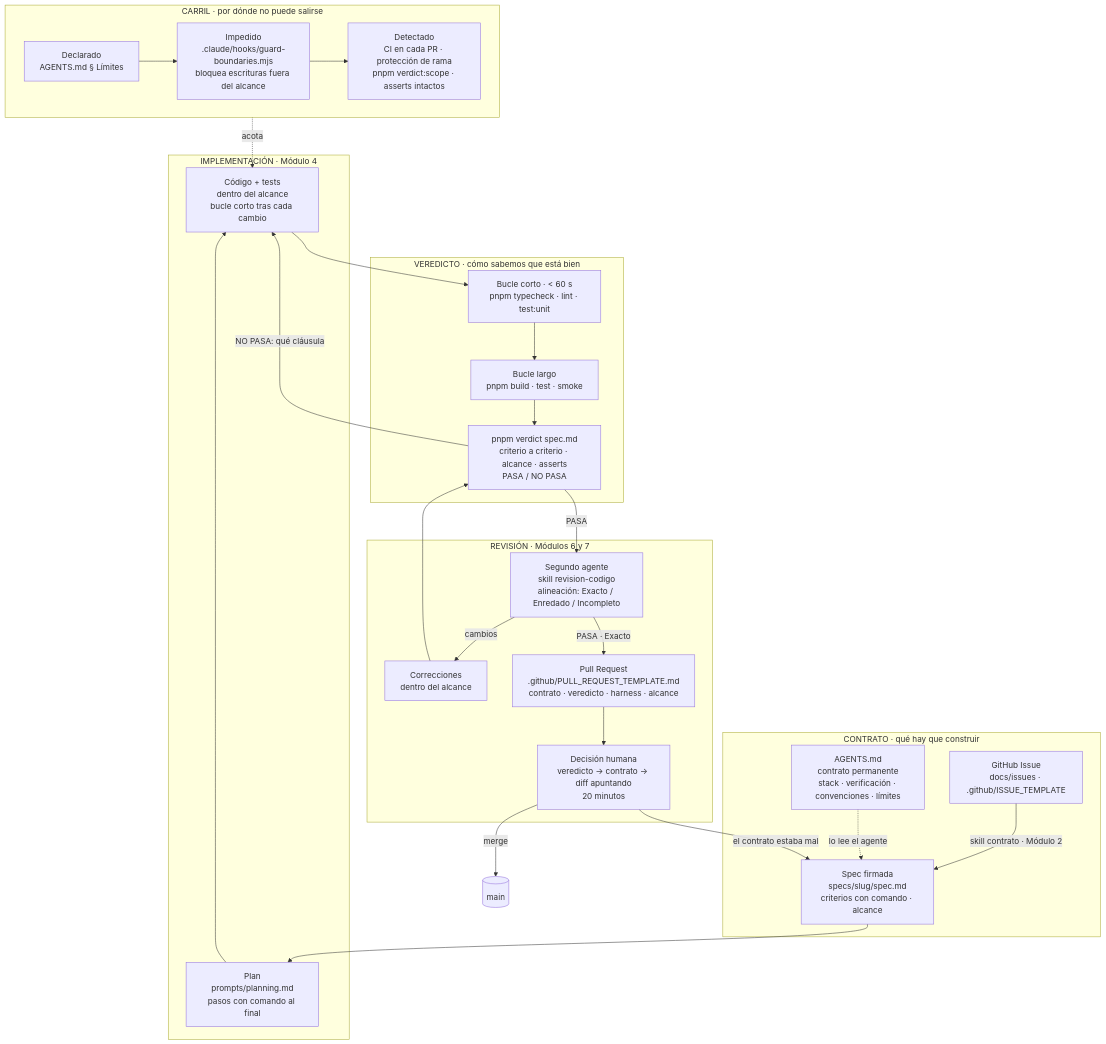
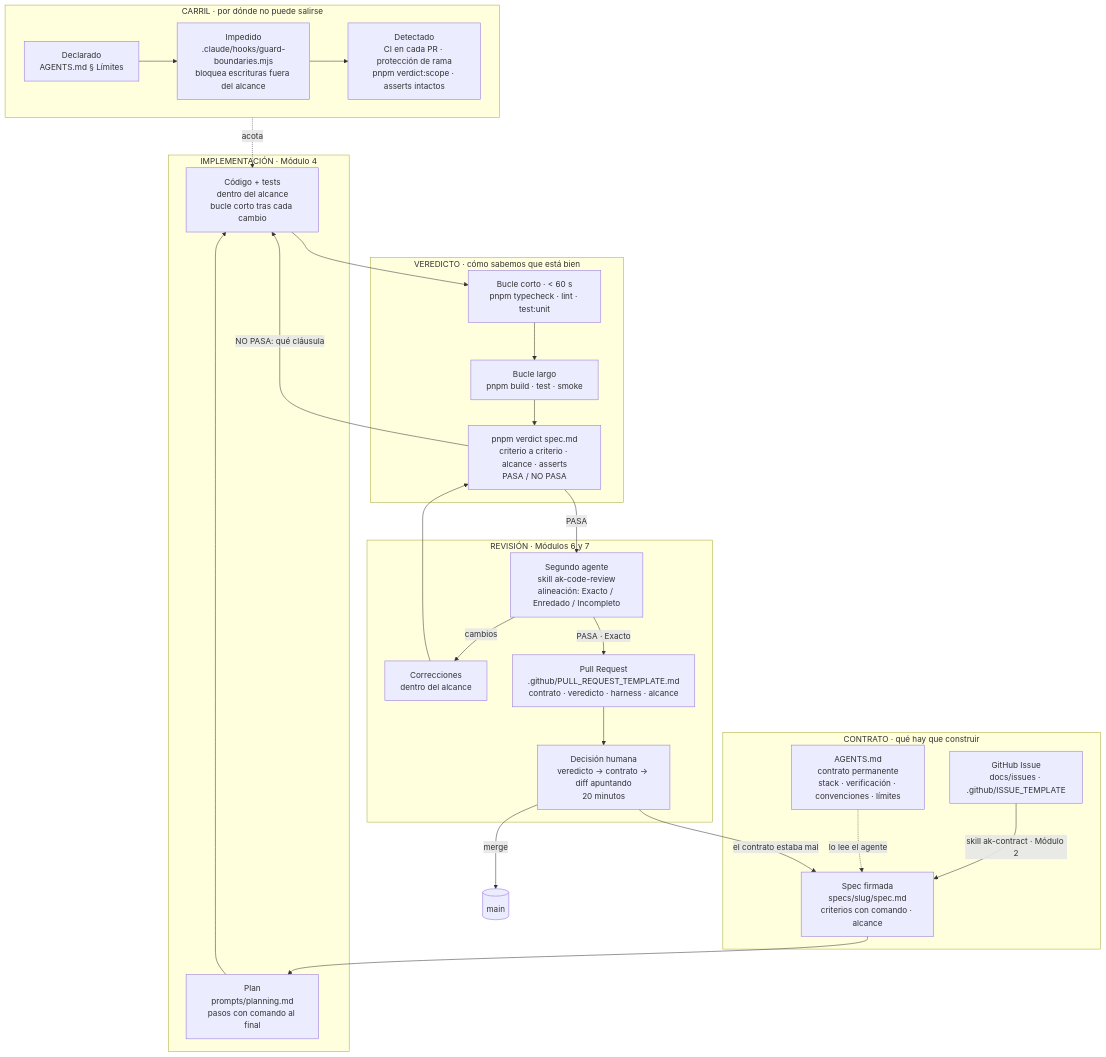
The diagram in docs/architecture-diagram.md (bezael/contract-based-review-method), drawn with Mermaid before and after one commit. The commit also changed other lines of this file and 3 other files, not shown here.

````diff
--- a/docs/architecture-diagram.md
+++ b/docs/architecture-diagram.md
@@ -6,47 +6,47 @@
 ```mermaid
 flowchart TB
     subgraph CONTRATO["CONTRATO · qué hay que construir"]
         I[GitHub Issue<br/>docs/issues · .github/ISSUE_TEMPLATE]
         S[Spec firmada<br/>specs/slug/spec.md<br/>criterios con comando · alcance]
         A[AGENTS.md<br/>contrato permanente<br/>stack · verificación · convenciones · límites]
-        I -->|skill contrato · Módulo 2| S
+        I -->|skill ak-contract · Módulo 2| S
         A -.->|lo lee el agente| S
     end
 
     subgraph CARRIL["CARRIL · por dónde no puede salirse"]
         H1[Declarado<br/>AGENTS.md § Límites]
         H2[Impedido<br/>.claude/hooks/guard-boundaries.mjs<br/>bloquea escrituras fuera del alcance]
         H3[Detectado<br/>CI en cada PR · protección de rama<br/>pnpm verdict:scope · asserts intactos]
         H1 --> H2 --> H3
     end
 
     subgraph EJECUCION["IMPLEMENTACIÓN · Módulo 4"]
         P[Plan<br/>prompts/planning.md<br/>pasos con comando al final]
         C[Código + tests<br/>dentro del alcance<br/>bucle corto tras cada cambio]
         P --> C
     end
 
     subgraph VEREDICTO["VEREDICTO · cómo sabemos que está bien"]
         BC[Bucle corto · < 60 s<br/>pnpm typecheck · lint · test:unit]
         BL[Bucle largo<br/>pnpm build · test · smoke]
         V[pnpm verdict spec.md<br/>criterio a criterio · alcance · asserts<br/>PASA / NO PASA]
         BC --> BL --> V
     end
 
     subgraph REVISION["REVISIÓN · Módulos 6 y 7"]
-        R[Segundo agente<br/>skill revision-codigo<br/>alineación: Exacto / Enredado / Incompleto]
+        R[Segundo agente<br/>skill ak-code-review<br/>alineación: Exacto / Enredado / Incompleto]
         F[Correcciones<br/>dentro del alcance]
         PR[Pull Request<br/>.github/PULL_REQUEST_TEMPLATE.md<br/>contrato · veredicto · harness · alcance]
         D[Decisión humana<br/>veredicto → contrato → diff apuntando<br/>20 minutos]
         R -->|cambios| F --> V
         R -->|PASA · Exacto| PR --> D
     end
 
     S --> P
     CARRIL -.->|acota| C
     C --> BC
     V -->|NO PASA: qué cláusula| C
     V -->|PASA| R
     D -->|merge| M[(main)]
     D -->|el contrato estaba mal| S
 ```
````
